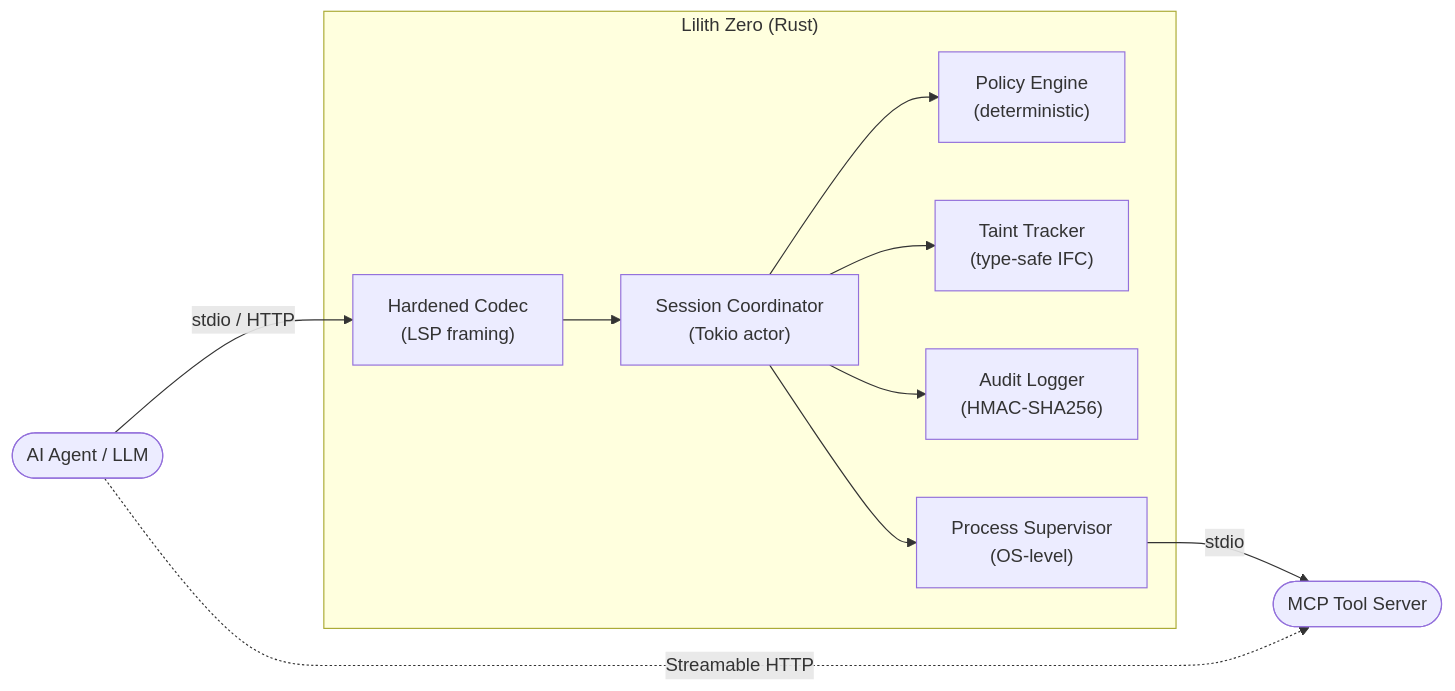
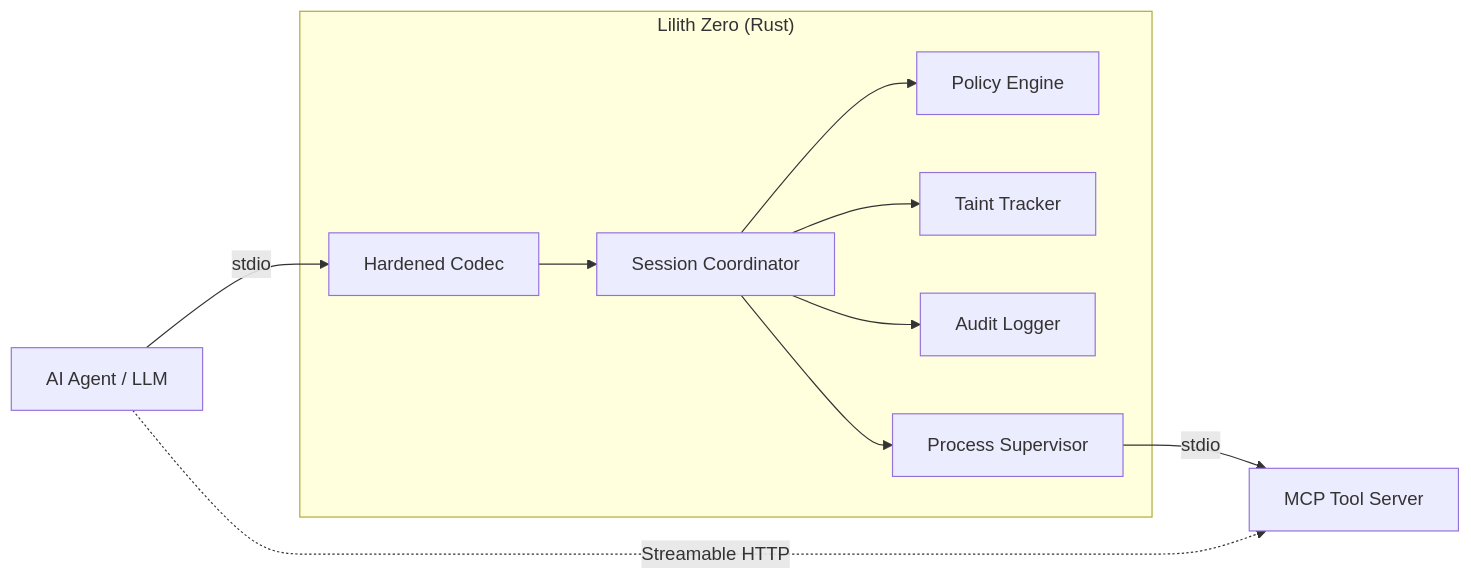
Before and after one commit to BadC-mpany/lilith-zero: the diagram in README.md, drawn with Mermaid. The commit also changed other lines of this file, not shown here.

First line of the commit message:
docs(readme): fix mermaid rendering, uv/bun tooling

````diff
--- a/README.md
+++ b/README.md
@@ -57,15 +57,15 @@
 ```mermaid
-flowchart LR
-    A(["AI Agent / LLM"]) -- "stdio / HTTP" --> B
+graph LR
+    Agent["AI Agent / LLM"] -->|stdio| Codec
 
-    subgraph lz ["Lilith Zero (Rust)"]
-        B["Hardened Codec\n(LSP framing)"] --> C["Session Coordinator\n(Tokio actor)"]
-        C --> D["Policy Engine\n(deterministic)"]
-        C --> E["Taint Tracker\n(type-safe IFC)"]
-        C --> F["Audit Logger\n(HMAC-SHA256)"]
-        C --> G["Process Supervisor\n(OS-level)"]
+    subgraph lz["Lilith Zero &lpar;Rust&rpar;"]
+        Codec["Hardened Codec"] --> Coord["Session Coordinator"]
+        Coord --> Policy["Policy Engine"]
+        Coord --> Taint["Taint Tracker"]
+        Coord --> Audit["Audit Logger"]
+        Coord --> Proc["Process Supervisor"]
     end
 
-    G -- "stdio" --> H(["MCP Tool Server"])
-    A -. "Streamable HTTP" .-> H
+    Proc -->|stdio| Tool["MCP Tool Server"]
+    Agent -.->|Streamable HTTP| Tool
 ```
````
